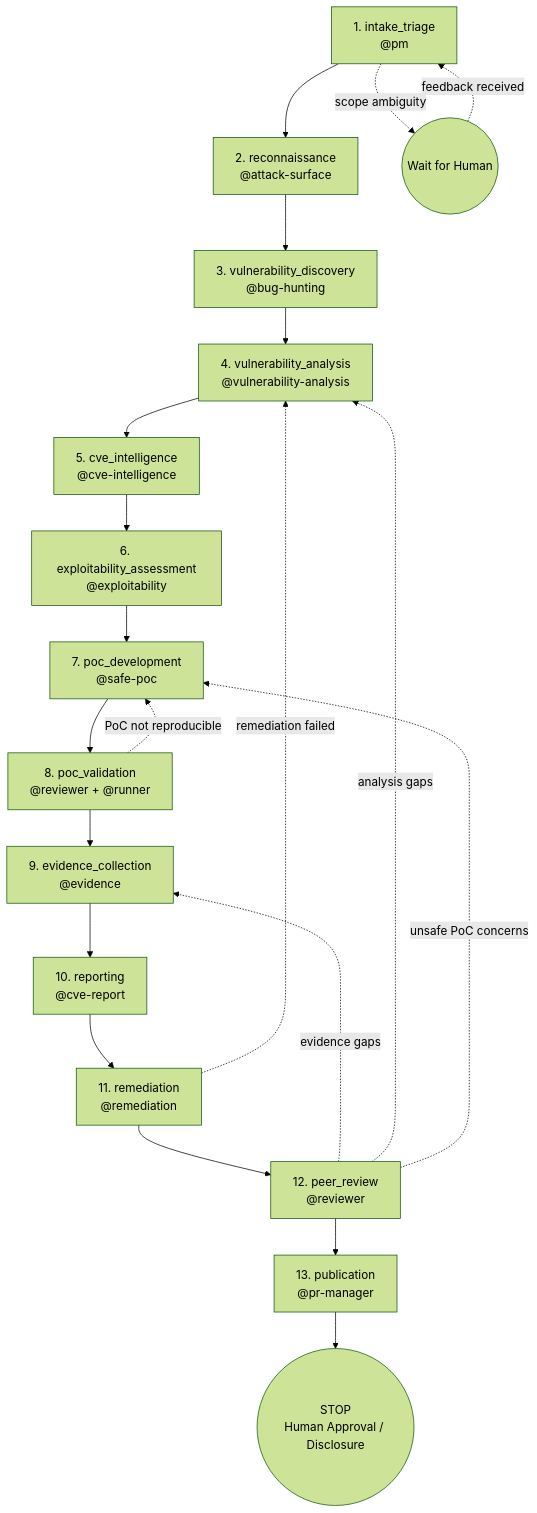
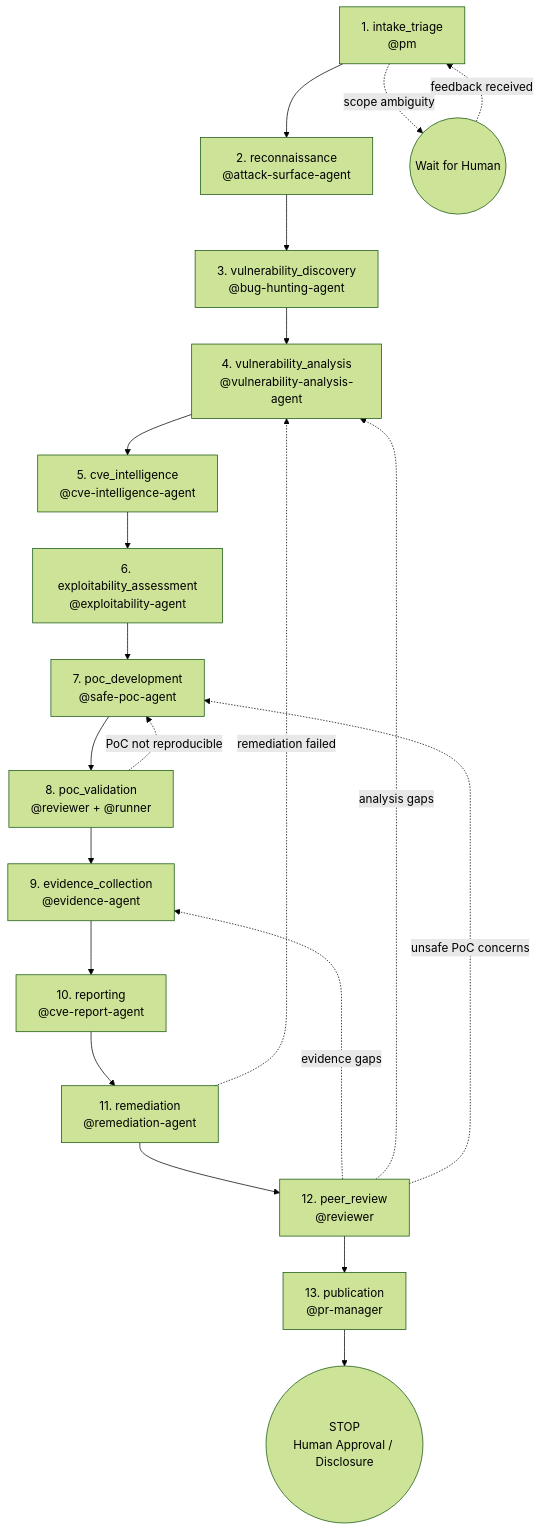
One commit to simodev25/samourai-kali changed the diagram in core/governance/conventions/change-lifecycle.md. Above: the diagram before and after it, drawn with Mermaid (forest theme). The commit also changed other lines of this file and 35 other files, not shown here.

````diff
--- a/core/governance/conventions/change-lifecycle.md
+++ b/core/governance/conventions/change-lifecycle.md
@@ -47,25 +47,25 @@
 ```mermaid
 flowchart TD
-    A[1. intake_triage<br/>@pm] --> B[2. reconnaissance<br/>@attack-surface]
-    B --> C[3. vulnerability_discovery<br/>@bug-hunting]
-    C --> D[4. vulnerability_analysis<br/>@vulnerability-analysis]
-    D --> E[5. cve_intelligence<br/>@cve-intelligence]
-    E --> F[6. exploitability_assessment<br/>@exploitability]
-    F --> G[7. poc_development<br/>@safe-poc]
+    A[1. intake_triage<br/>@pm] --> B[2. reconnaissance<br/>@attack-surface-agent]
+    B --> C[3. vulnerability_discovery<br/>@bug-hunting-agent]
+    C --> D[4. vulnerability_analysis<br/>@vulnerability-analysis-agent]
+    D --> E[5. cve_intelligence<br/>@cve-intelligence-agent]
+    E --> F[6. exploitability_assessment<br/>@exploitability-agent]
+    F --> G[7. poc_development<br/>@safe-poc-agent]
     G --> H[8. poc_validation<br/>@reviewer + @runner]
-    H --> I[9. evidence_collection<br/>@evidence]
-    I --> J[10. reporting<br/>@cve-report]
-    J --> K[11. remediation<br/>@remediation]
+    H --> I[9. evidence_collection<br/>@evidence-agent]
+    I --> J[10. reporting<br/>@cve-report-agent]
+    J --> K[11. remediation<br/>@remediation-agent]
     K --> L[12. peer_review<br/>@reviewer]
     L --> M[13. publication<br/>@pr-manager]
     M --> N((STOP<br/>Human Approval / Disclosure))
 
     %% Feedback loops - gaps discovered
     A -.->|scope ambiguity| W((Wait for Human))
     W -.->|feedback received| A
     L -.->|evidence gaps| I
     L -.->|analysis gaps| D
     L -.->|unsafe PoC concerns| G
     K -.->|remediation failed| D
     H -.->|PoC not reproducible| G
 ```
````
